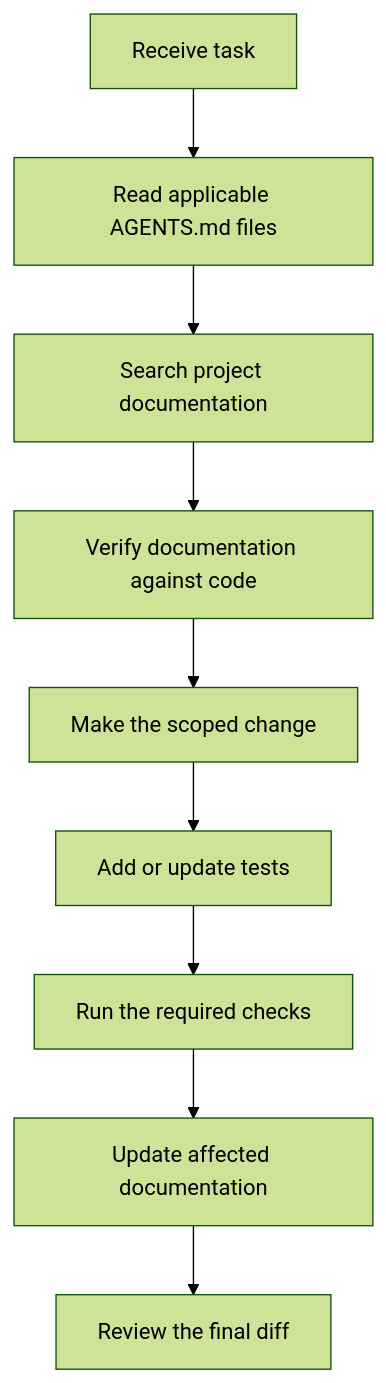
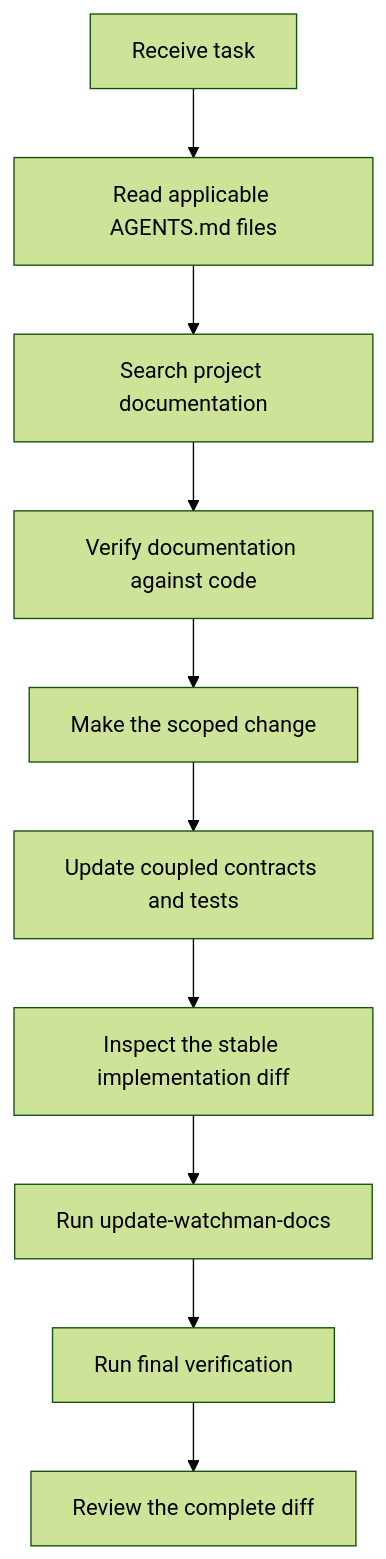
Before and after one commit to EraPartner/Watchman: the diagram in docs/guides/ai-agent-workflow.md, drawn with Mermaid (forest theme). The commit also changed other lines of this file and 5 other files, not shown here.

````diff
--- a/docs/guides/ai-agent-workflow.md
+++ b/docs/guides/ai-agent-workflow.md
@@ -31,11 +31,12 @@
 ```mermaid
 graph TD
     A[Receive task] --> B[Read applicable AGENTS.md files]
     B --> C[Search project documentation]
     C --> D[Verify documentation against code]
     D --> E[Make the scoped change]
-    E --> F[Add or update tests]
-    F --> G[Run the required checks]
-    G --> H[Update affected documentation]
-    H --> I[Review the final diff]
+    E --> F[Update coupled contracts and tests]
+    F --> G[Inspect the stable implementation diff]
+    G --> H[Run update-watchman-docs]
+    H --> I[Run final verification]
+    I --> J[Review the complete diff]
 ```
````
